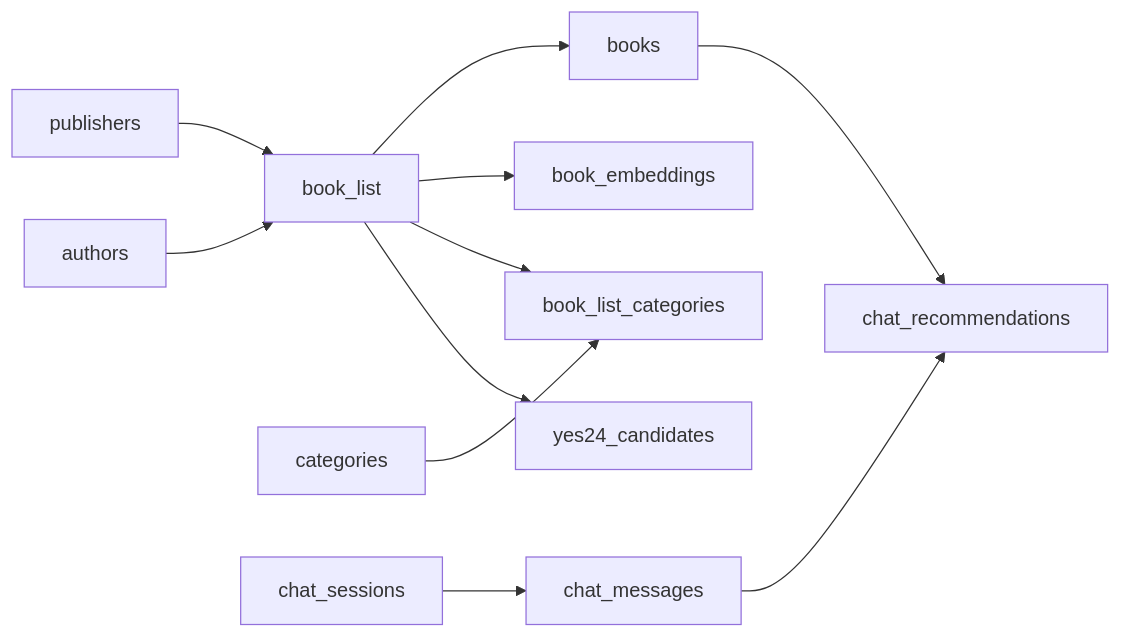
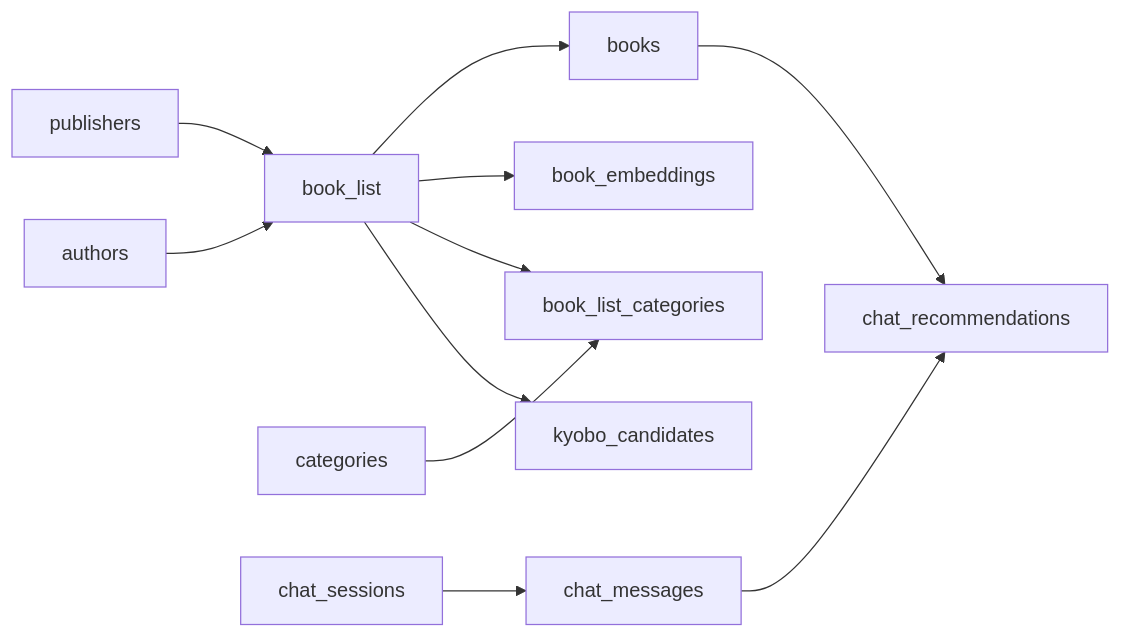
One commit to khs980714/READ-ME changed the sixth of 7 diagrams in docs/architecture.md. Above: the diagram before and after it, drawn with Mermaid. The commit also changed other lines of this file and 18 other files, not shown here.

````diff
--- a/docs/architecture.md
+++ b/docs/architecture.md
@@ -150,13 +148,13 @@
 ```mermaid
 graph LR
     publishers --> book_list
     authors --> book_list
     book_list --> books
     book_list --> book_embeddings
     book_list --> book_list_categories
     categories --> book_list_categories
-    book_list --> yes24_candidates
+    book_list --> kyobo_candidates
     chat_sessions --> chat_messages
     chat_messages --> chat_recommendations
     books --> chat_recommendations
 ```
````
